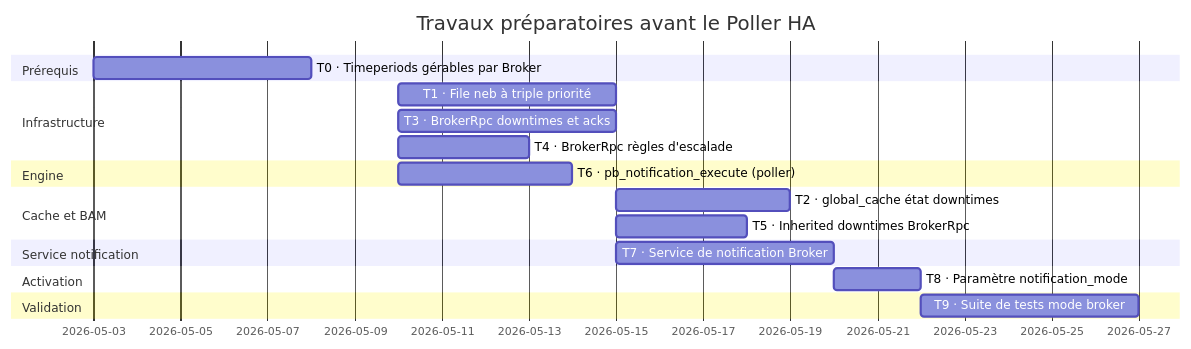
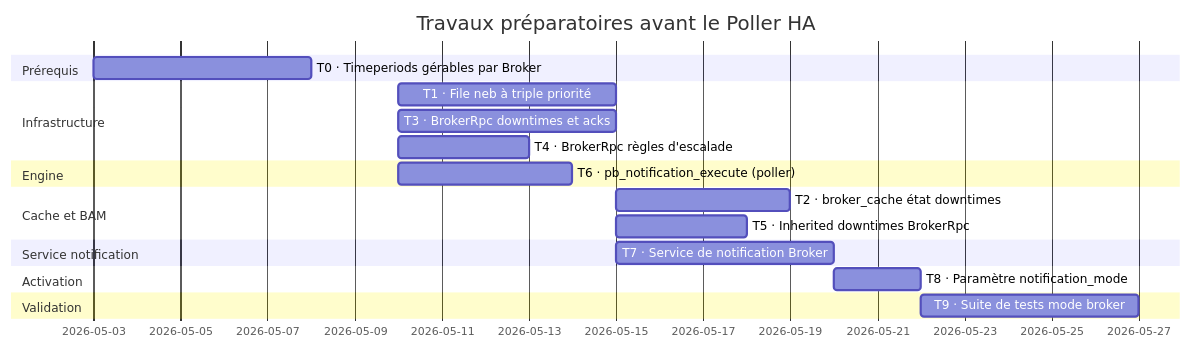
Before and after one commit to centreon/centreon-collect: diagram 48 of 50 in doc/nego-engine-broker-fr.md, drawn with Mermaid. The commit also changed other lines of this file and 2 other files, not shown here.

Commit message:
chore(doc): nego-engine-broker updated

````diff
--- a/doc/nego-engine-broker-fr.md
+++ b/doc/nego-engine-broker-fr.md
@@ -4932,29 +4924,29 @@
 ```mermaid
 gantt
     title Travaux préparatoires avant le Poller HA
     dateFormat  YYYY-MM-DD
 
     section Prérequis
     T0 · Timeperiods gérables par Broker  :t0, 2026-05-03, 5d
 
     section Infrastructure
     T1 · File neb à triple priorité       :t1, 2026-05-10, 5d
     T3 · BrokerRpc downtimes et acks      :t3, 2026-05-10, 5d
     T4 · BrokerRpc règles d'escalade      :t4, 2026-05-10, 3d
 
     section Engine
     T6 · pb_notification_execute (poller)  :t6, 2026-05-10, 4d
 
     section Cache et BAM
-    T2 · global_cache état downtimes      :t2, after t1 t3, 4d
+    T2 · broker_cache état downtimes      :t2, after t1 t3, 4d
     T5 · Inherited downtimes BrokerRpc    :t5, after t3, 3d
 
     section Service notification
     T7 · Service de notification Broker   :t7, after t0 t3 t4, 5d
 
     section Activation
     T8 · Paramètre notification_mode      :t8, after t6 t7, 2d
 
     section Validation
     T9 · Suite de tests mode broker       :t9, after t8 t2 t5, 5d
 ```
````
